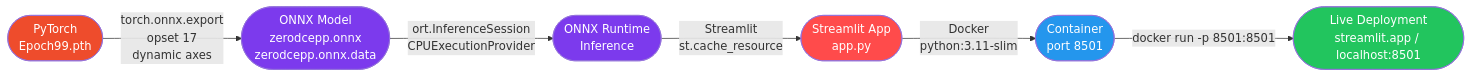
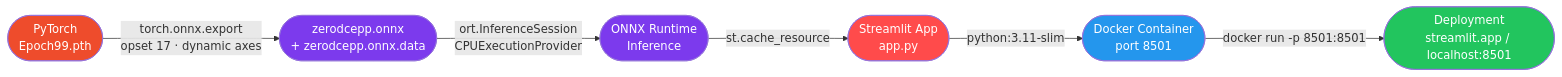
One commit to ishagupta0506/Low-Light-Video-Distortion-Removal_Samsung-Prism_Worklet changed the second of 4 diagrams in README.md. Above: the diagram before and after it, drawn with Mermaid. The commit also changed other lines of this file, not shown here.

````diff
--- a/README.md
+++ b/README.md
@@ -198,15 +238,15 @@
 ```mermaid
 flowchart LR
-    A([PyTorch\nEpoch99.pth]) -->|torch.onnx.export\nopset 17\ndynamic axes| B([ONNX Model\nzerodcepp.onnx\nzerodcepp.onnx.data])
+    A([PyTorch\nEpoch99.pth]) -->|torch.onnx.export\nopset 17 · dynamic axes| B([zerodcepp.onnx\n+ zerodcepp.onnx.data])
     B -->|ort.InferenceSession\nCPUExecutionProvider| C([ONNX Runtime\nInference])
-    C -->|Streamlit\nst.cache_resource| D([Streamlit App\napp.py])
-    D -->|Docker\npython:3.11-slim| E([Container\nport 8501])
-    E -->|docker run -p 8501:8501| F([Live Deployment\nstreamlit.app / localhost:8501])
+    C -->|st.cache_resource| D([Streamlit App\napp.py])
+    D -->|python:3.11-slim| E([Docker Container\nport 8501])
+    E -->|docker run -p 8501:8501| F([Deployment\nstreamlit.app / localhost:8501])
 
     style A fill:#EE4C2C,color:#fff
     style B fill:#7C3AED,color:#fff
     style C fill:#7C3AED,color:#fff
     style D fill:#FF4B4B,color:#fff
     style E fill:#2496ED,color:#fff
     style F fill:#22C55E,color:#fff
 ```
````
